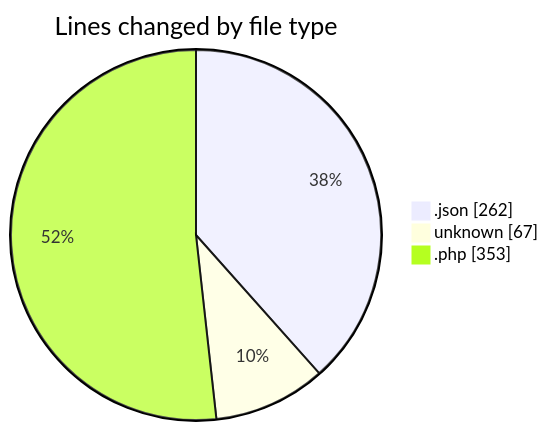
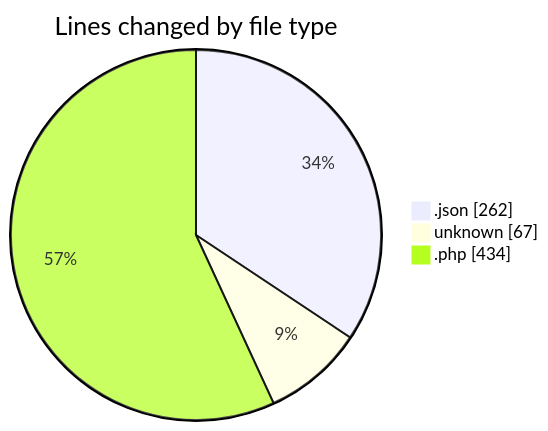
Before and after one commit to idhammustaqopulfikri/code-tracking: the first of 2 diagrams in 2025-10-05/laravel-penyewaan-lapangan-futsal/README.md, drawn with Mermaid. The commit also changed other lines of this file and 1 other file, not shown here.

````diff
--- a/2025-10-05/laravel-penyewaan-lapangan-futsal/README.md
+++ b/2025-10-05/laravel-penyewaan-lapangan-futsal/README.md
@@ -25,7 +25,7 @@
 ```mermaid
 pie showData
 title Lines changed by file type
 ".json" : 262
 "unknown" : 67
-".php" : 353
+".php" : 434
 ```
````
